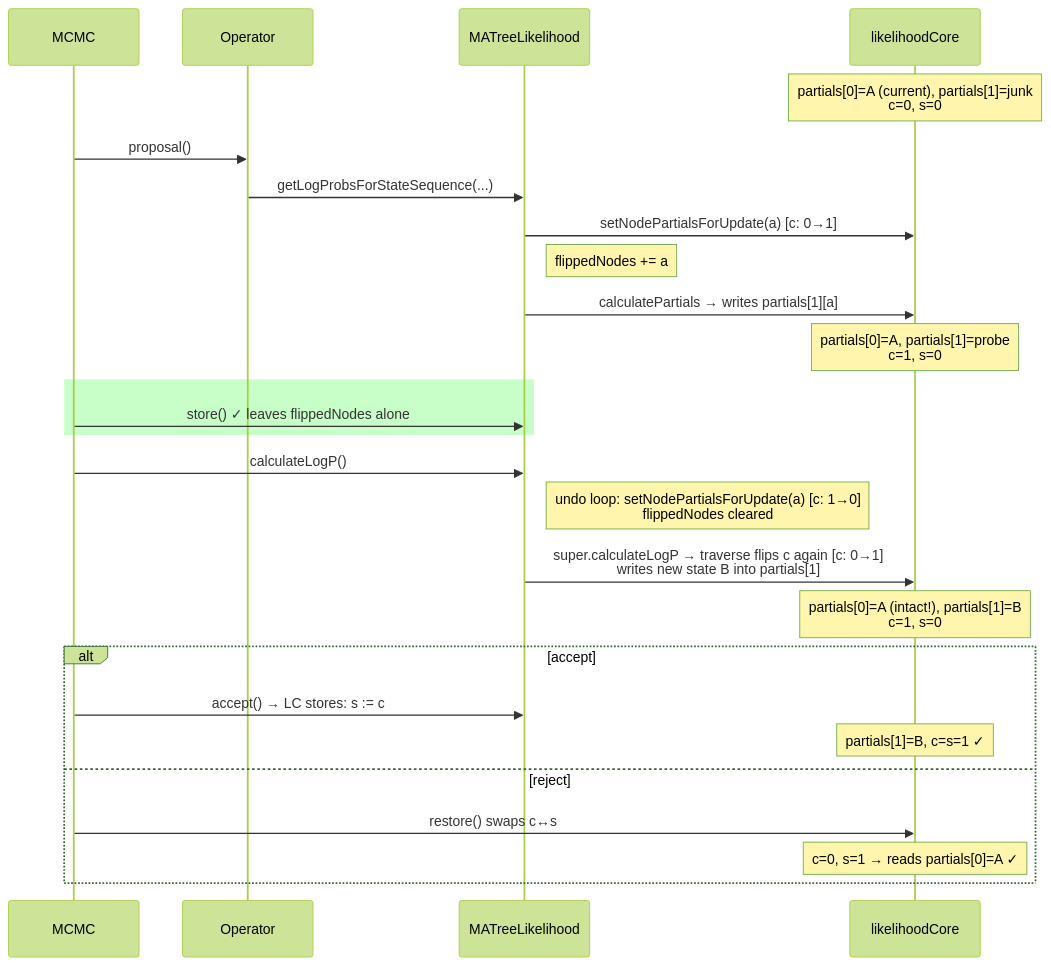
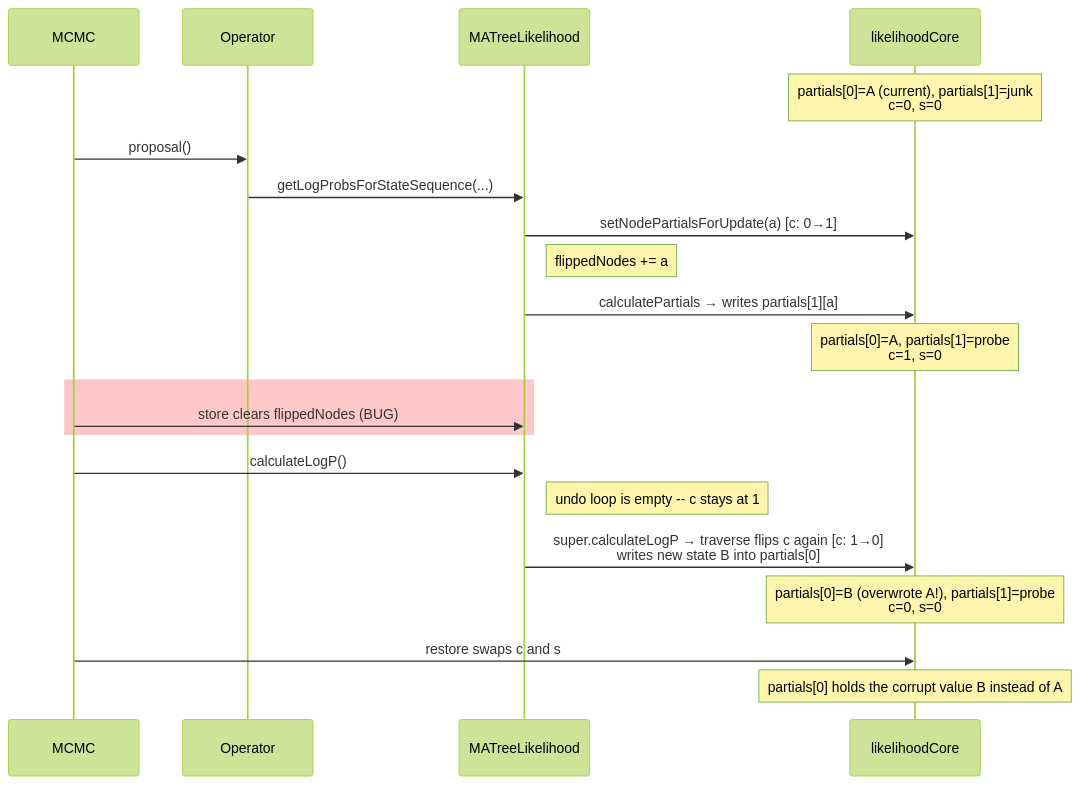
Before and after one commit to alexeid/MutableAlignment: the second of 2 diagrams in docs/probe-store-restore.md, drawn with Mermaid (forest theme). The commit also changed other lines of this file, not shown here.

````diff
--- a/docs/probe-store-restore.md
+++ b/docs/probe-store-restore.md
@@ -94,35 +107,28 @@
 ```mermaid
 sequenceDiagram
     participant MCMC
     participant Op as Operator
     participant MA as MATreeLikelihood
     participant LC as likelihoodCore
 
     Note over LC: partials[0]=A (current), partials[1]=junk<br/>c=0, s=0
 
     MCMC->>Op: proposal()
     Op->>MA: getLogProbsForStateSequence(...)
     MA->>LC: setNodePartialsForUpdate(a) [c: 0→1]
     Note right of MA: flippedNodes += a
     MA->>LC: calculatePartials → writes partials[1][a]
-
     Note over LC: partials[0]=A, partials[1]=probe<br/>c=1, s=0
 
-    rect rgb(200, 255, 200)
-    MCMC->>MA: store() ✓ leaves flippedNodes alone
+    rect rgb(255, 200, 200)
+    MCMC->>MA: store clears flippedNodes (BUG)
     end
 
     MCMC->>MA: calculateLogP()
-    Note right of MA: undo loop: setNodePartialsForUpdate(a) [c: 1→0]<br/>flippedNodes cleared
-    MA->>LC: super.calculateLogP → traverse flips c again [c: 0→1]<br/>writes new state B into partials[1]
+    Note right of MA: undo loop is empty -- c stays at 1
+    MA->>LC: super.calculateLogP → traverse flips c again [c: 1→0]<br/>writes new state B into partials[0]
+    Note over LC: partials[0]=B (overwrote A!), partials[1]=probe<br/>c=0, s=0
 
-    Note over LC: partials[0]=A (intact!), partials[1]=B<br/>c=1, s=0
-
-    alt accept
-        MCMC->>MA: accept() → LC stores: s := c
-        Note over LC: partials[1]=B, c=s=1 ✓
-    else reject
-        MCMC->>LC: restore() swaps c↔s
-        Note over LC: c=0, s=1 → reads partials[0]=A ✓
-    end
+    MCMC->>LC: restore swaps c and s
+    Note over LC: partials[0] holds the corrupt value B instead of A
 ```
````
